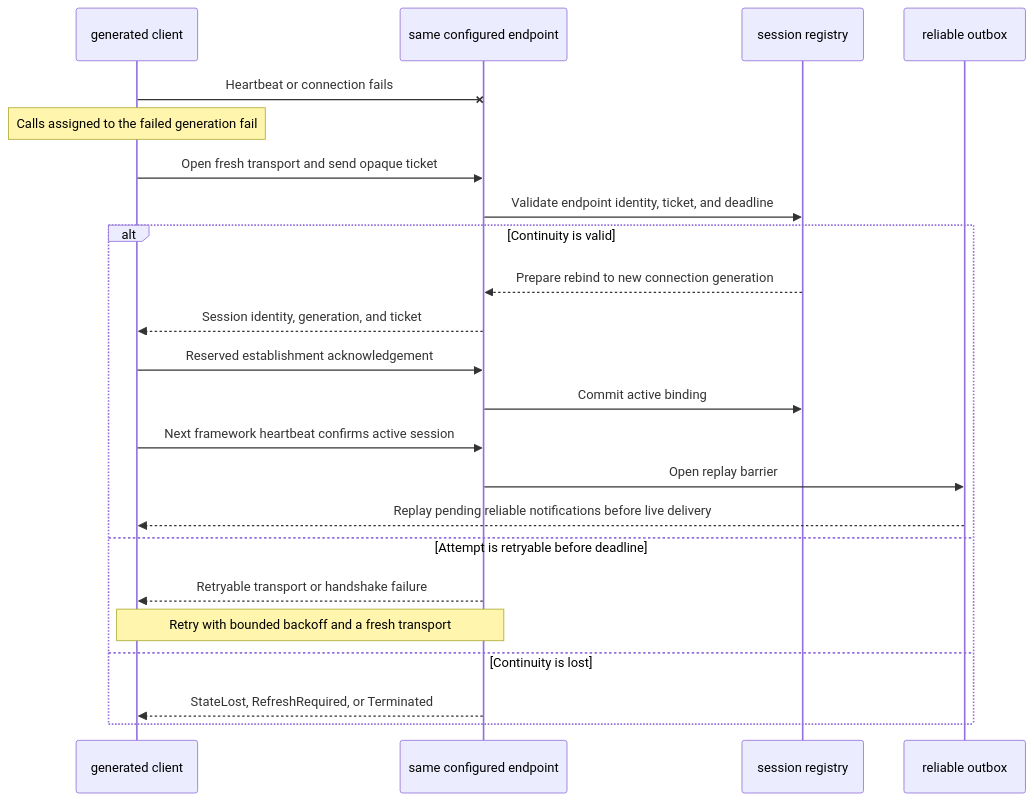
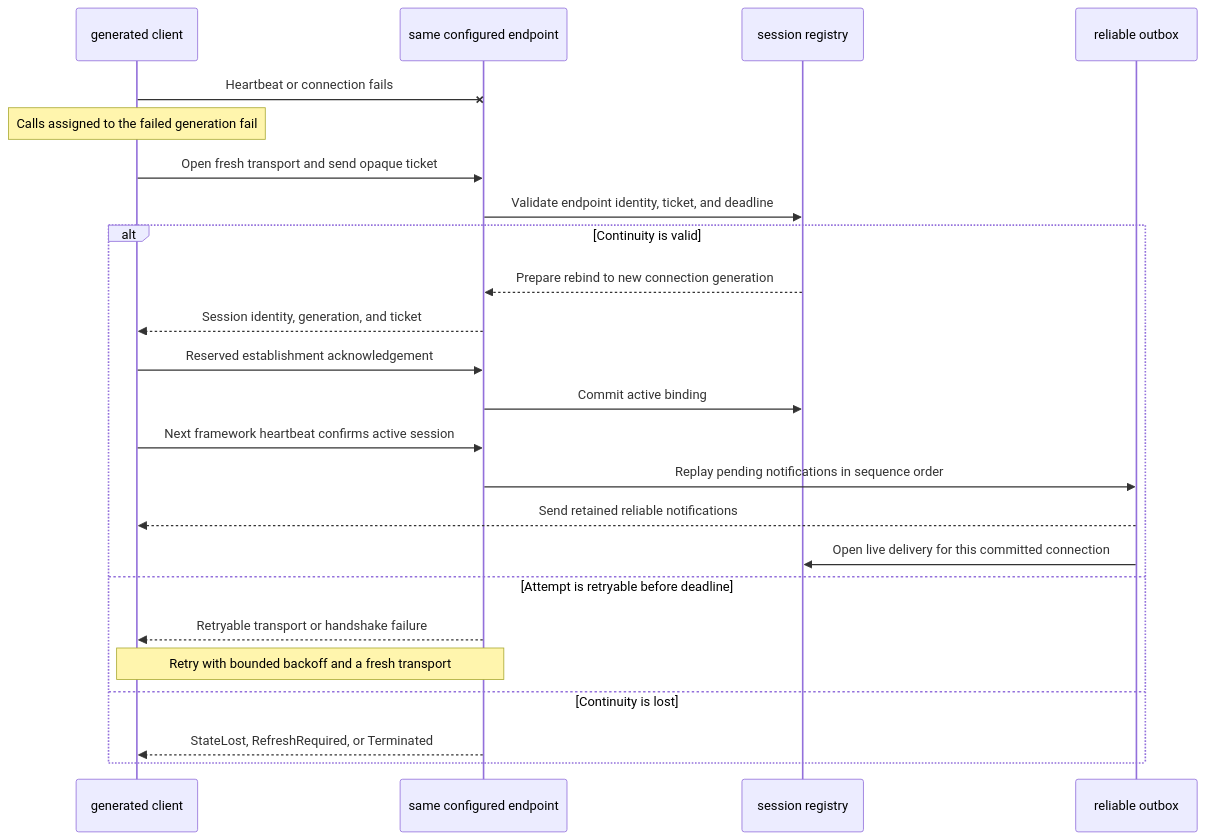
One commit to bruce48x/Lakona changed the fourth of 8 diagrams in docs/session.md. Above: the diagram before and after it, drawn with Mermaid. The commit also changed other lines of this file and 27 other files, not shown here.

Commit message:
fix: finish reliable replay before admitting live notifications

````diff
--- a/docs/session.md
+++ b/docs/session.md
@@ -559,26 +559,27 @@
 ```mermaid
 sequenceDiagram
     participant C as generated client
     participant E as same configured endpoint
     participant S as session registry
     participant O as reliable outbox
 
     C-xE: Heartbeat or connection fails
     Note over C: Calls assigned to the failed generation fail
     C->>E: Open fresh transport and send opaque ticket
     E->>S: Validate endpoint identity, ticket, and deadline
     alt Continuity is valid
         S-->>E: Prepare rebind to new connection generation
         E-->>C: Session identity, generation, and ticket
         C->>E: Reserved establishment acknowledgement
         E->>S: Commit active binding
         C->>E: Next framework heartbeat confirms active session
-        E->>O: Open replay barrier
-        O-->>C: Replay pending reliable notifications before live delivery
+        E->>O: Replay pending notifications in sequence order
+        O-->>C: Send retained reliable notifications
+        O->>S: Open live delivery for this committed connection
     else Attempt is retryable before deadline
         E-->>C: Retryable transport or handshake failure
         Note over C,E: Retry with bounded backoff and a fresh transport
     else Continuity is lost
         E-->>C: StateLost, RefreshRequired, or Terminated
     end
 ```
````
